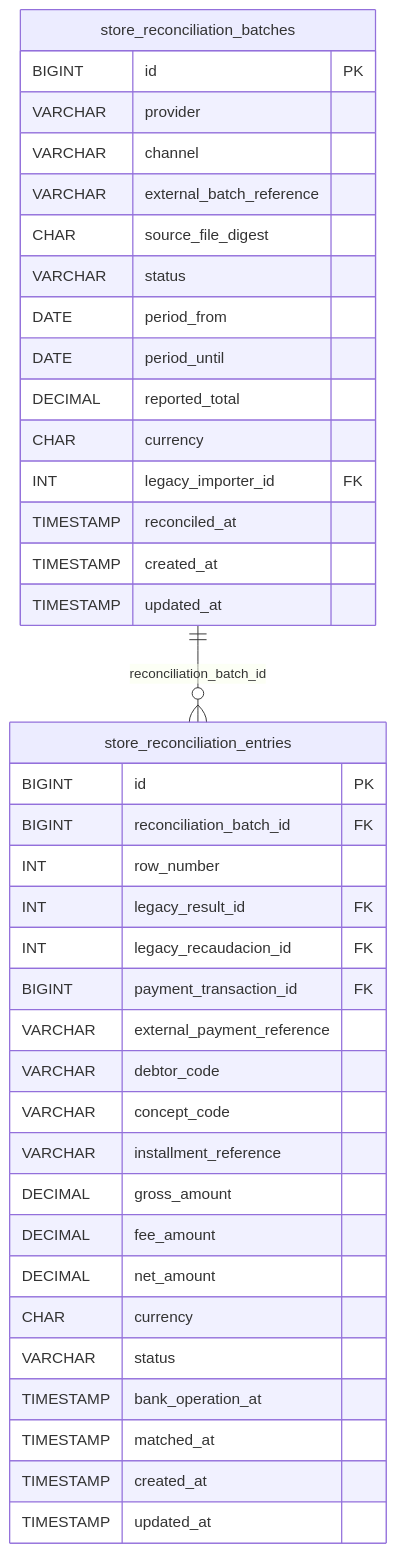
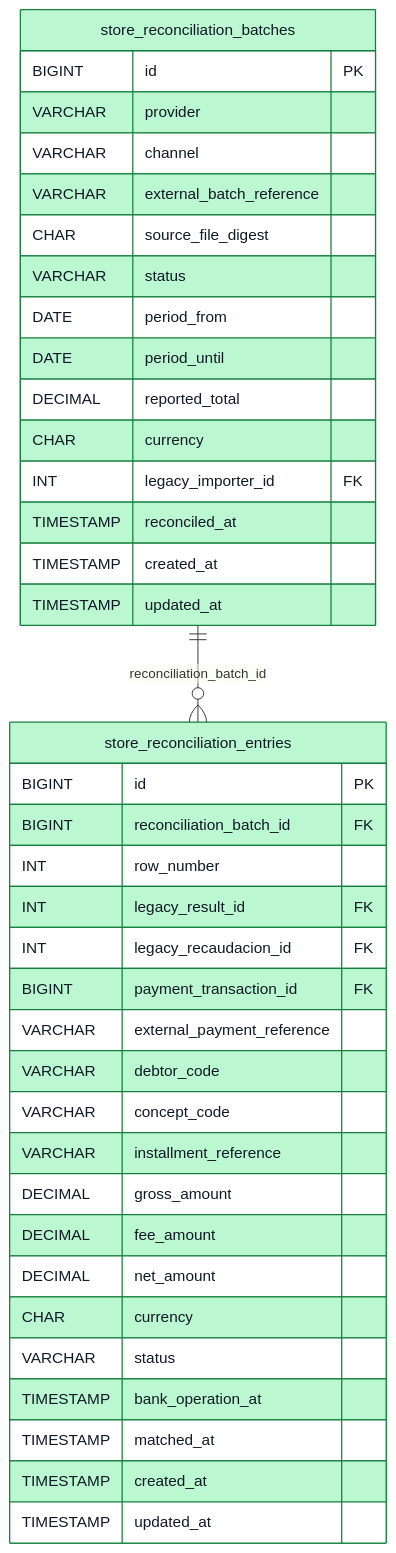
One commit to JIMMY1012102/UNDC-Pagos-Posgrado changed the diagram in docs/modelo-datos/conciliacion.md. Above: the diagram before and after it, drawn with Mermaid.

Commit message:
docs(db): paleta funcional para diagrama conciliacion

````diff
--- a/docs/modelo-datos/conciliacion.md
+++ b/docs/modelo-datos/conciliacion.md
@@ -3,41 +3,43 @@
 ```mermaid
 erDiagram
   store_reconciliation_batches {
 BIGINT id PK
 VARCHAR provider
 VARCHAR channel
 VARCHAR external_batch_reference
 CHAR source_file_digest
 VARCHAR status
 DATE period_from
 DATE period_until
 DECIMAL reported_total
 CHAR currency
 INT legacy_importer_id FK
 TIMESTAMP reconciled_at
 TIMESTAMP created_at
 TIMESTAMP updated_at
   }
   store_reconciliation_entries {
 BIGINT id PK
 BIGINT reconciliation_batch_id FK
 INT row_number
 INT legacy_result_id FK
 INT legacy_recaudacion_id FK
 BIGINT payment_transaction_id FK
 VARCHAR external_payment_reference
 VARCHAR debtor_code
 VARCHAR concept_code
 VARCHAR installment_reference
 DECIMAL gross_amount
 DECIMAL fee_amount
 DECIMAL net_amount
 CHAR currency
 VARCHAR status
 TIMESTAMP bank_operation_at
 TIMESTAMP matched_at
 TIMESTAMP created_at
 TIMESTAMP updated_at
   }
   store_reconciliation_batches ||--o{ store_reconciliation_entries : "reconciliation_batch_id"
+  style store_reconciliation_batches fill:#BBF7D0,stroke:#15803D,color:#111827
+  style store_reconciliation_entries fill:#BBF7D0,stroke:#15803D,color:#111827
 ```
````
